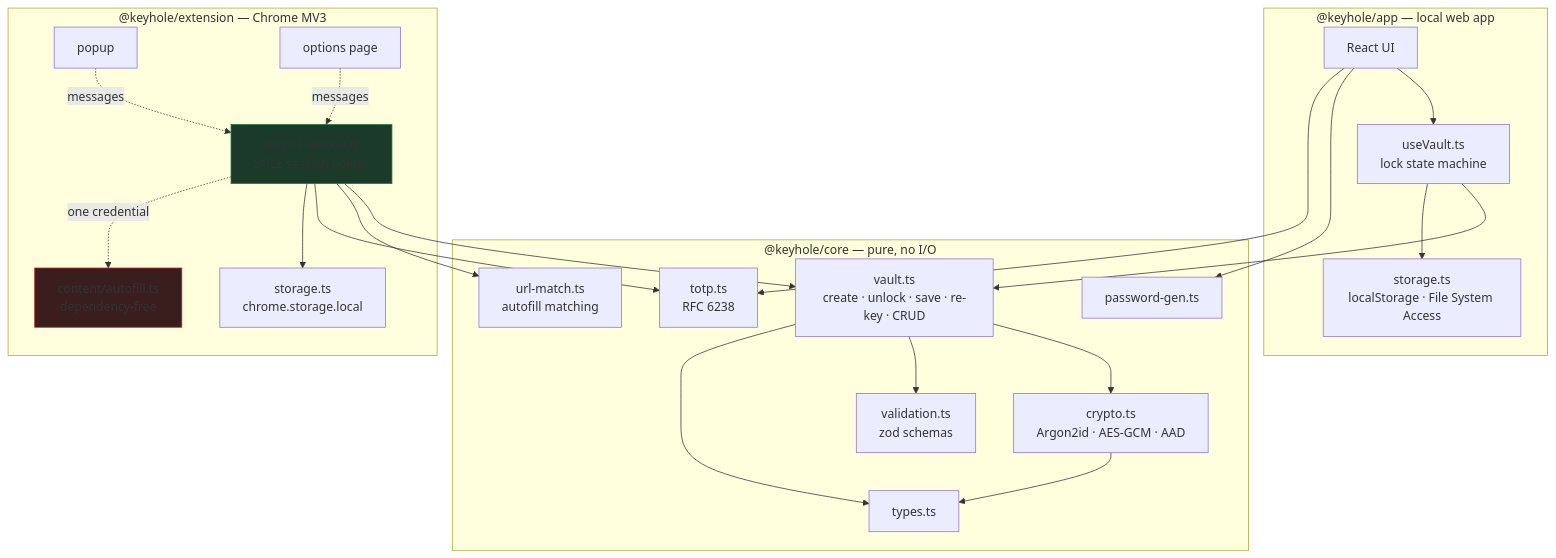
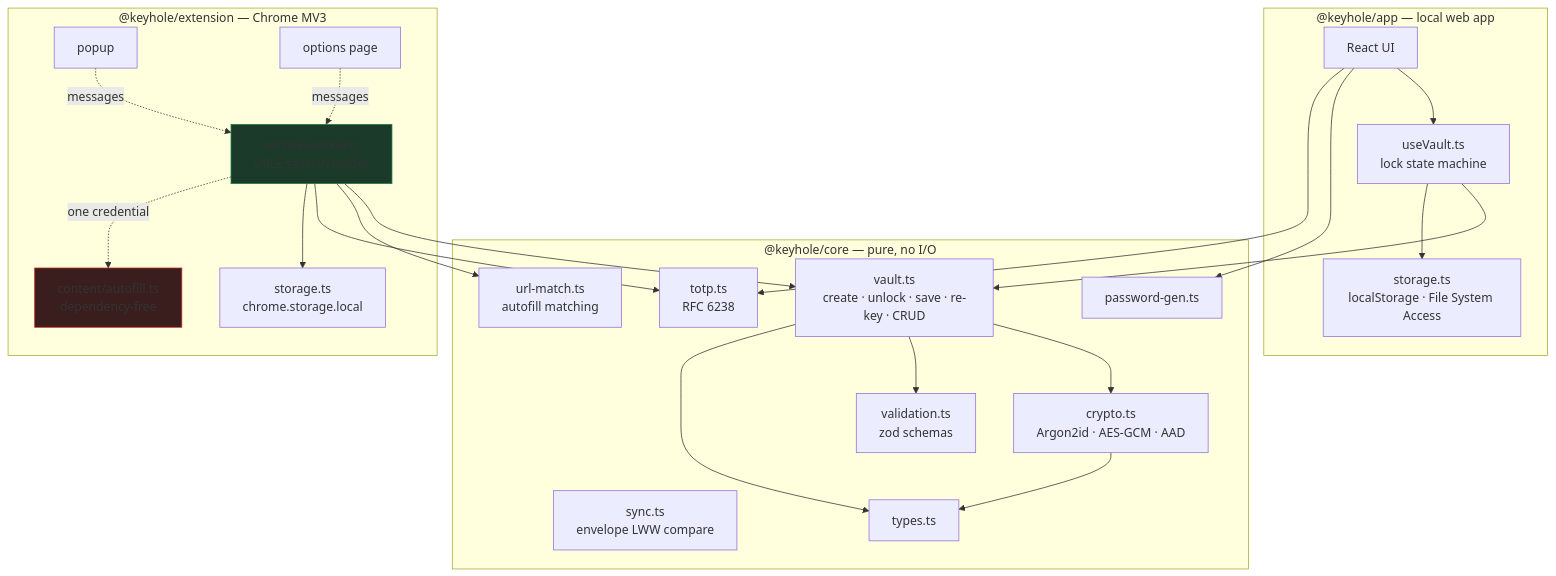
One commit to m1hung/KeyHole changed the first of 6 diagrams in ARCHITECTURE.md. Above: the diagram before and after it, drawn with Mermaid. The commit also changed other lines of this file and 8 other files, not shown here.

````diff
--- a/ARCHITECTURE.md
+++ b/ARCHITECTURE.md
@@ -5,48 +5,49 @@
 ```mermaid
 graph TD
   subgraph core["@keyhole/core — pure, no I/O"]
     crypto["crypto.ts<br/>Argon2id · AES-GCM · AAD"]
     vault["vault.ts<br/>create · unlock · save · re-key · CRUD"]
+    sync["sync.ts<br/>envelope LWW compare"]
     types["types.ts"]
     validation["validation.ts<br/>zod schemas"]
     gen["password-gen.ts"]
     urlmatch["url-match.ts<br/>autofill matching"]
     totp["totp.ts<br/>RFC 6238"]
   end
 
   subgraph app["@keyhole/app — local web app"]
     useVault["useVault.ts<br/>lock state machine"]
     appStorage["storage.ts<br/>localStorage · File System Access"]
     appUI["React UI"]
   end
 
   subgraph ext["@keyhole/extension — Chrome MV3"]
     sw["service-worker.ts<br/>SOLE session holder"]
     popup["popup"]
     options["options page"]
     content["content/autofill.ts<br/>dependency-free"]
     extStorage["storage.ts<br/>chrome.storage.local"]
   end
 
   vault --> crypto
   vault --> validation
   vault --> types
   crypto --> types
 
   useVault --> vault
   useVault --> appStorage
   appUI --> useVault
   appUI --> gen
   appUI --> totp
 
   sw --> vault
   sw --> urlmatch
   sw --> totp
   sw --> extStorage
   popup -.messages.-> sw
   options -.messages.-> sw
   sw -.one credential.-> content
 
   style content fill:#3a1d1d,stroke:#c62828
   style sw fill:#1b3a2a,stroke:#1b7f47
 ```
````
